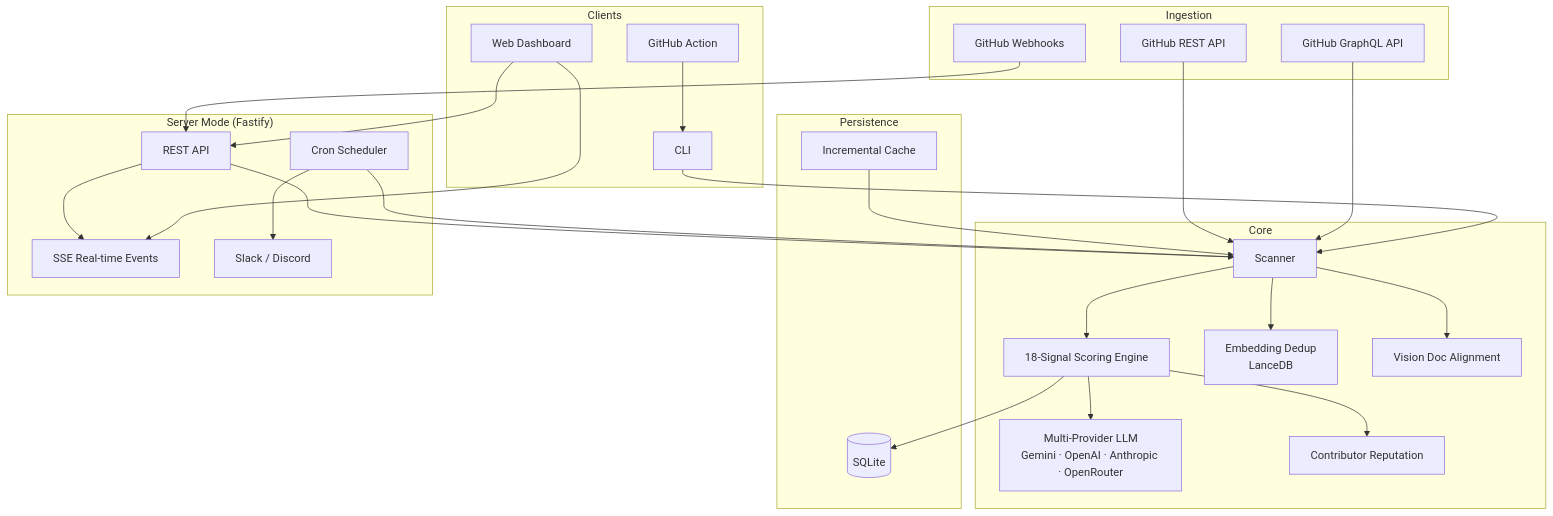
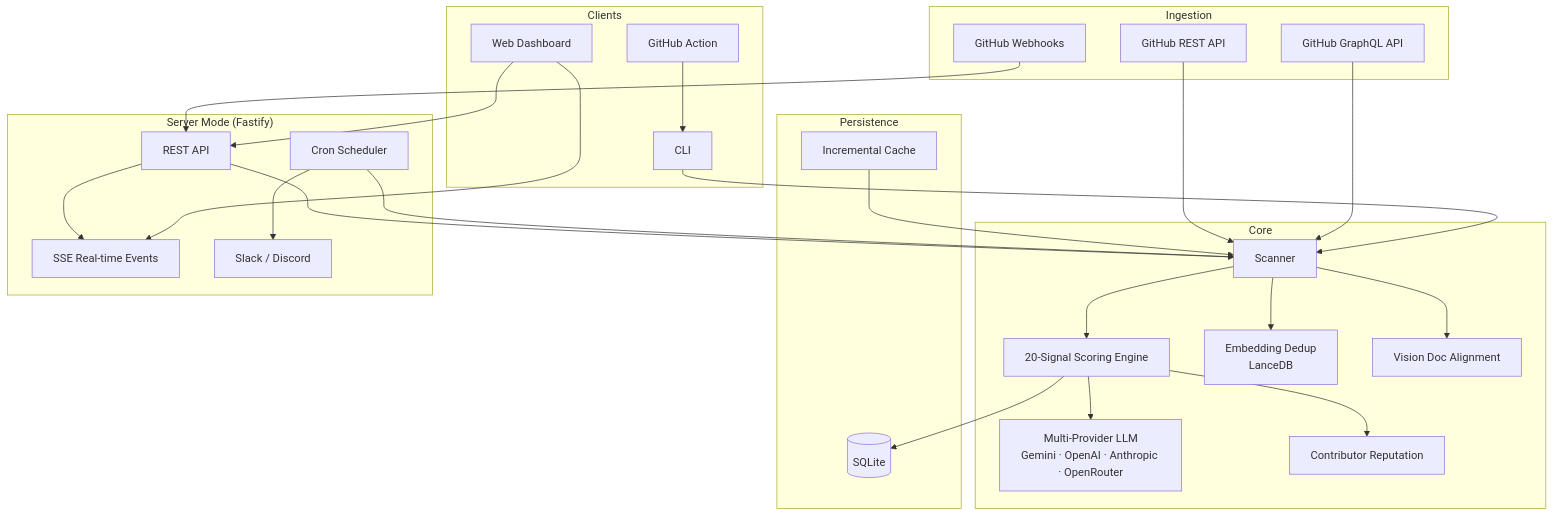
Before and after one commit to mahsumaktas/treliq: the diagram in README.md, drawn with Mermaid. The commit also changed other lines of this file and 9 other files, not shown here.

````diff
--- a/README.md
+++ b/README.md
@@ -132,53 +132,53 @@
 ```mermaid
 graph TB
     subgraph Ingestion
         GH_REST[GitHub REST API]
         GH_GQL[GitHub GraphQL API]
         WH[GitHub Webhooks]
     end
 
     subgraph Core
         Scanner[Scanner]
-        Scoring[18-Signal Scoring Engine]
+        Scoring[20-Signal Scoring Engine]
         LLM[Multi-Provider LLM<br/>Gemini · OpenAI · Anthropic · OpenRouter]
         Dedup[Embedding Dedup<br/>LanceDB]
         Vision[Vision Doc Alignment]
         Rep[Contributor Reputation]
     end
 
     subgraph Persistence
         SQLite[(SQLite)]
         Cache[Incremental Cache]
     end
 
     subgraph Server["Server Mode (Fastify)"]
         REST[REST API]
         SSE[SSE Real-time Events]
         Scheduler[Cron Scheduler]
         Notif[Slack / Discord]
     end
 
     subgraph Clients
         CLI[CLI]
         Dashboard[Web Dashboard]
         Action[GitHub Action]
     end
 
     GH_REST & GH_GQL --> Scanner
     WH --> REST
     Scanner --> Scoring
     Scoring --> LLM
     Scanner --> Dedup
     Scanner --> Vision
     Scoring --> Rep
     Scoring --> SQLite
     Cache --> Scanner
     REST --> Scanner
     REST --> SSE
     Scheduler --> Scanner
     Scheduler --> Notif
     CLI --> Scanner
     Dashboard --> REST
     Dashboard --> SSE
     Action --> CLI
 ```
````
